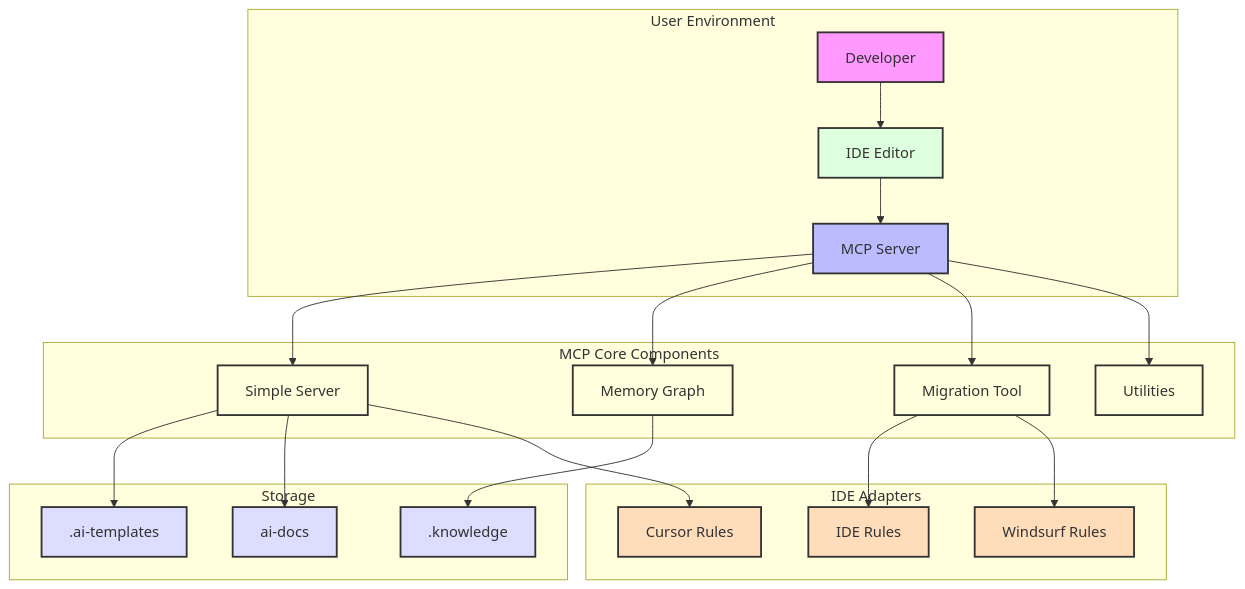
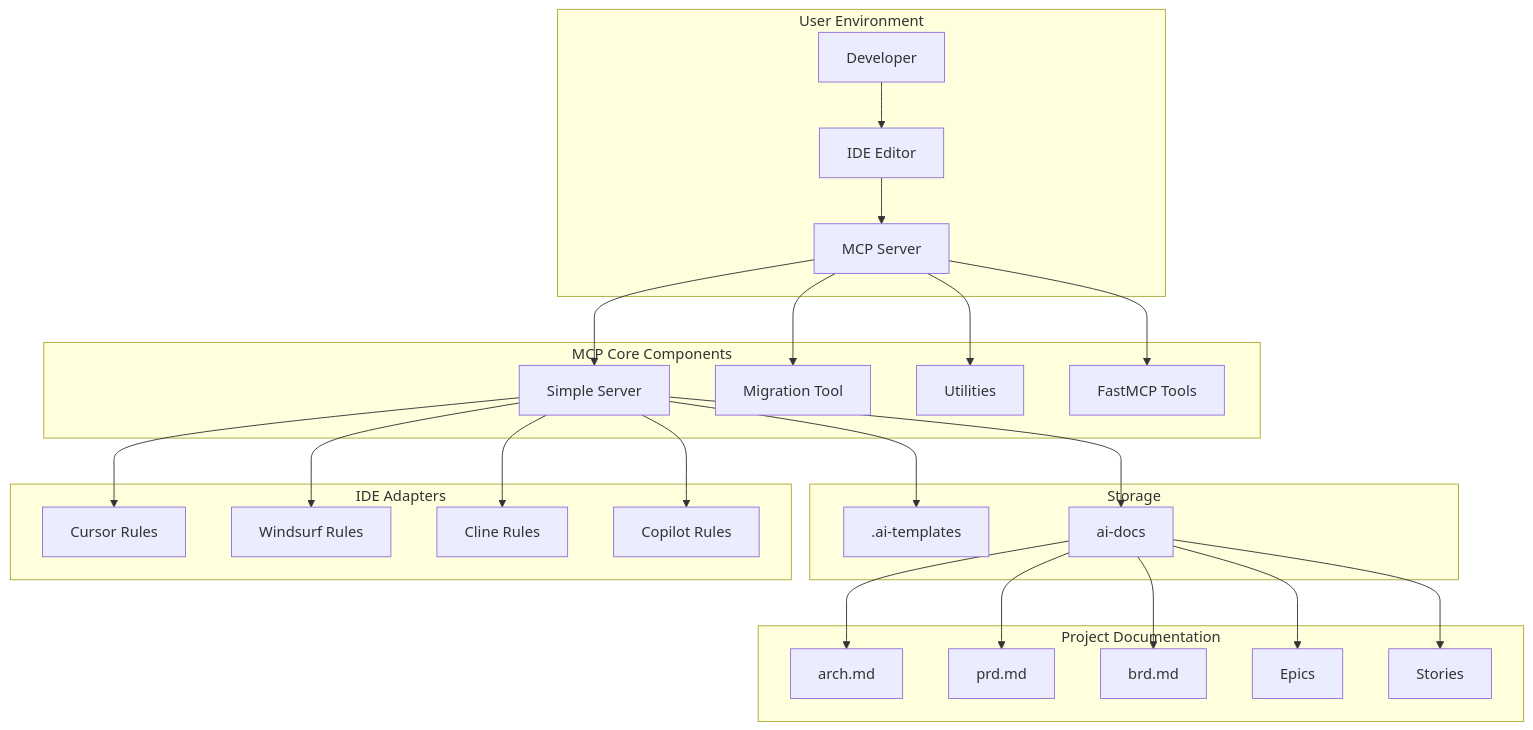
The diagram in ai-docs/arch.md (smian0/mcp-agile-flow), drawn with Mermaid before and after one commit. The commit also changed other lines of this file and 23 other files, not shown here.

First line of the commit message:
feat: remove memory graph functionality and update documentation

````diff
--- a/ai-docs/arch.md
+++ b/ai-docs/arch.md
@@ -30,40 +30,34 @@
 ```mermaid
 graph TD
     subgraph User Environment
         IDE[IDE Editor] --> MCP[MCP Server]
         Dev[Developer] --> IDE
     end
     
     subgraph MCP Core Components
         MCP --> SimpleServer[Simple Server]
-        MCP --> MemoryGraph[Memory Graph]
         MCP --> MigrationTool[Migration Tool]
         MCP --> Utils[Utilities]
+        MCP --> FastMCP[FastMCP Tools]
     end
     
     subgraph Storage
         SimpleServer --> Templates[.ai-templates]
         SimpleServer --> Documents[ai-docs]
-        MemoryGraph --> KnowledgeData[.knowledge]
     end
     
     subgraph IDE Adapters
         SimpleServer --> CursorRules[Cursor Rules]
-        MigrationTool --> IDERules[IDE Rules]
-        MigrationTool --> WindsurfRules[Windsurf Rules]
+        SimpleServer --> WindsurfRules[Windsurf Rules]
+        SimpleServer --> ClineRules[Cline Rules]
+        SimpleServer --> CopilotRules[Copilot Rules]
     end
     
-    style IDE fill:#dfd,stroke:#333,stroke-width:2px
-    style Dev fill:#f9f,stroke:#333,stroke-width:2px
-    style MCP fill:#bbf,stroke:#333,stroke-width:2px
-    style SimpleServer fill:#ffd,stroke:#333,stroke-width:2px
-    style MemoryGraph fill:#ffd,stroke:#333,stroke-width:2px
-    style MigrationTool fill:#ffd,stroke:#333,stroke-width:2px
-    style Utils fill:#ffd,stroke:#333,stroke-width:2px
-    style Templates fill:#ddf,stroke:#333,stroke-width:2px
-    style Documents fill:#ddf,stroke:#333,stroke-width:2px
-    style KnowledgeData fill:#ddf,stroke:#333,stroke-width:2px
-    style CursorRules fill:#fdb,stroke:#333,stroke-width:2px
-    style IDERules fill:#fdb,stroke:#333,stroke-width:2px
-    style WindsurfRules fill:#fdb,stroke:#333,stroke-width:2px
+    subgraph Project Documentation
+        Documents --> Architecture[arch.md]
+        Documents --> PRD[prd.md]
+        Documents --> BRD[brd.md]
+        Documents --> Epics[Epics]
+        Documents --> Stories[Stories]
+    end
 ```
````
